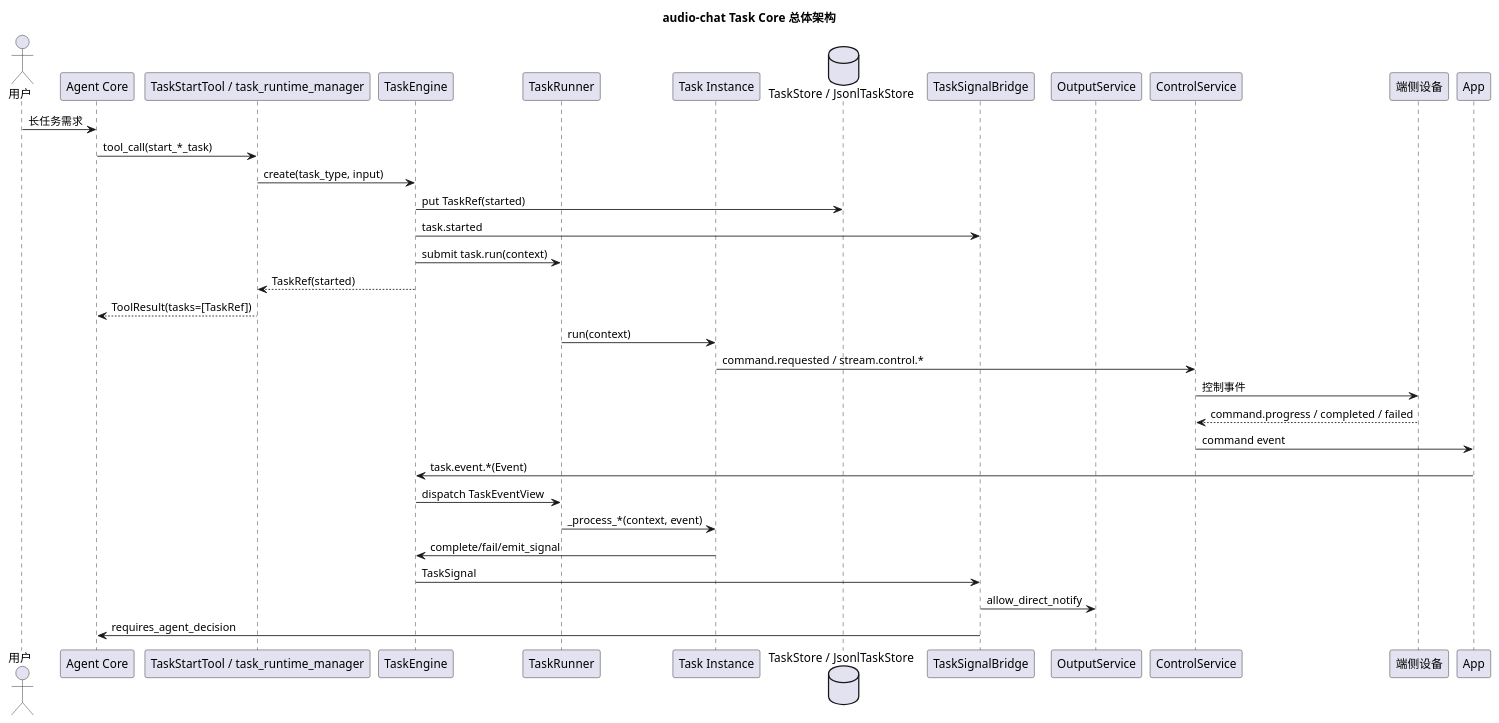
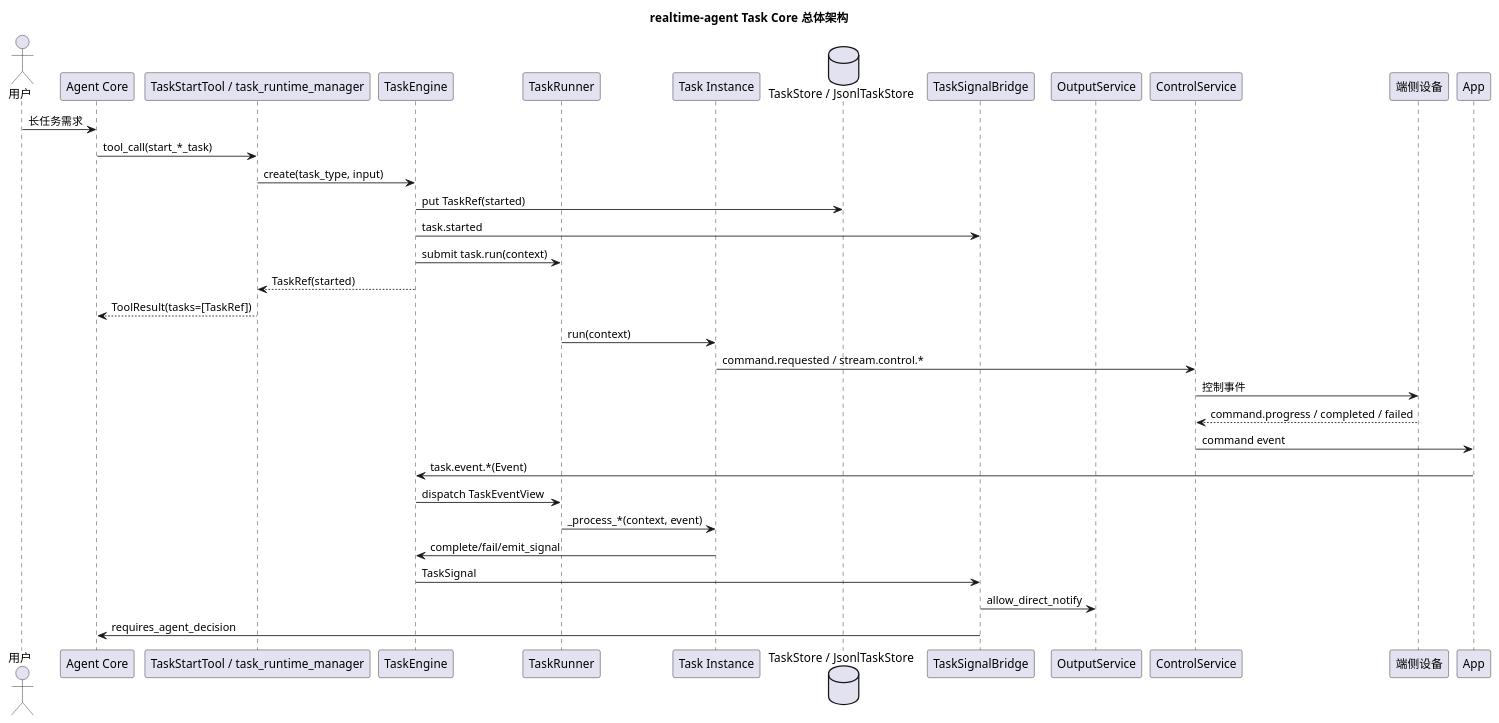
One commit to HengeLiu/RealtimeAgent changed the first of 2 diagrams in audio-server/docs/internal/task-core-design.md. Above: the diagram before and after it, drawn with PlantUML. The commit also changed other lines of this file and 488 other files, not shown here.

````diff
--- a/audio-server/docs/internal/task-core-design.md
+++ b/audio-server/docs/internal/task-core-design.md
@@ -104,39 +104,39 @@
 ```plantuml
 @startuml
-title audio-chat Task Core 总体架构
+title realtime-agent Task Core 总体架构
 
 actor "用户" as User
 participant "Agent Core" as Agent
 participant "TaskStartTool / task_runtime_manager" as Tool
 participant "TaskEngine" as Engine
 participant "TaskRunner" as Runner
 participant "Task Instance" as Task
 database "TaskStore / JsonlTaskStore" as Store
 participant "TaskSignalBridge" as Bridge
 participant "OutputService" as Output
 participant "ControlService" as Control
 participant "端侧设备" as Device
 
 User -> Agent : 长任务需求
 Agent -> Tool : tool_call(start_*_task)
 Tool -> Engine : create(task_type, input)
 Engine -> Store : put TaskRef(started)
 Engine -> Bridge : task.started
 Engine -> Runner : submit task.run(context)
 Engine --> Tool : TaskRef(started)
 Tool --> Agent : ToolResult(tasks=[TaskRef])
 
 Runner -> Task : run(context)
 Task -> Control : command.requested / stream.control.*
 Control -> Device : 控制事件
 Device --> Control : command.progress / completed / failed
 Control -> App : command event
 App -> Engine : task.event.*(Event)
 Engine -> Runner : dispatch TaskEventView
 Runner -> Task : _process_*(context, event)
 Task -> Engine : complete/fail/emit_signal
 Engine -> Bridge : TaskSignal
 Bridge -> Output : allow_direct_notify
 Bridge -> Agent : requires_agent_decision
 @enduml
 ```
````
